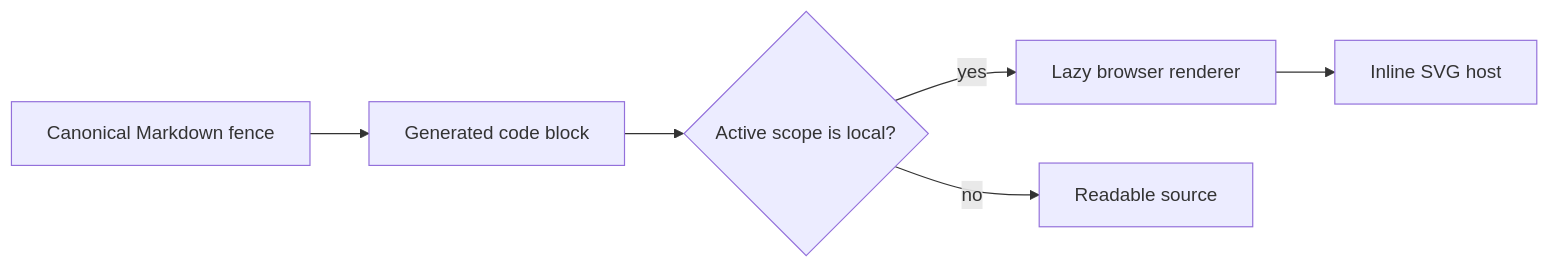
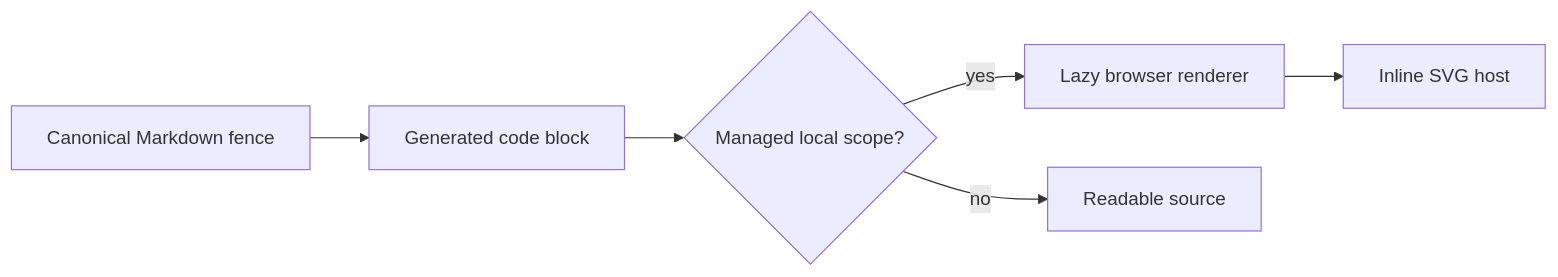
The diagram in docs-viewer/scopes/studio/source/documents/d-20260720-102658-b55348.md (dotlineform/dotlineform-site), drawn with Mermaid before and after one commit. The commit also changed other lines of this file and 18 other files, not shown here.

````diff
--- a/docs-viewer/scopes/studio/source/documents/d-20260720-102658-b55348.md
+++ b/docs-viewer/scopes/studio/source/documents/d-20260720-102658-b55348.md
@@ -35,10 +35,10 @@
 ```mermaid
 flowchart LR
     accTitle: Inline Mermaid reader lifecycle
-    accDescr: Canonical Markdown becomes a generated code block. A local scope loads the browser renderer and replaces it with an inline SVG host, while unsupported scopes retain readable source.
+    accDescr: Canonical Markdown becomes a generated code block. A managed local scope loads the browser renderer and replaces it with an inline SVG host, while public scopes retain readable source.
     source["Canonical Markdown fence"] --> payload["Generated code block"]
-    payload --> gate{"Active scope is local?"}
+    payload --> gate{"Managed local scope?"}
     gate -->|yes| renderer["Lazy browser renderer"]
     renderer --> host["Inline SVG host"]
     gate -->|no| fallback["Readable source"]
 ```
````
